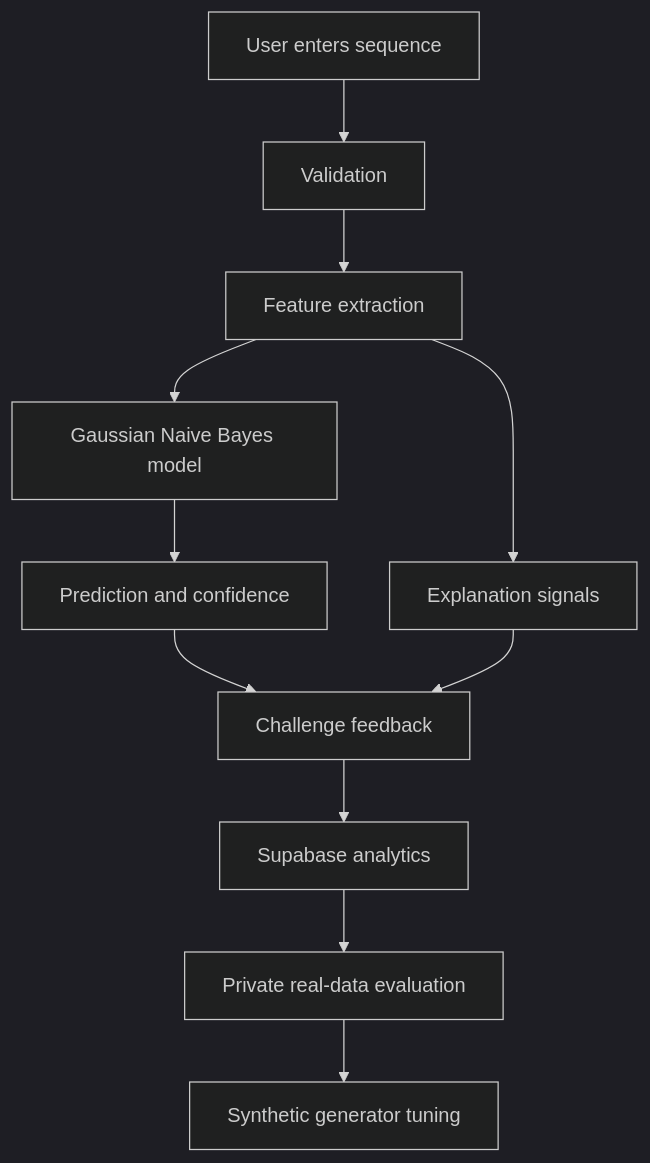
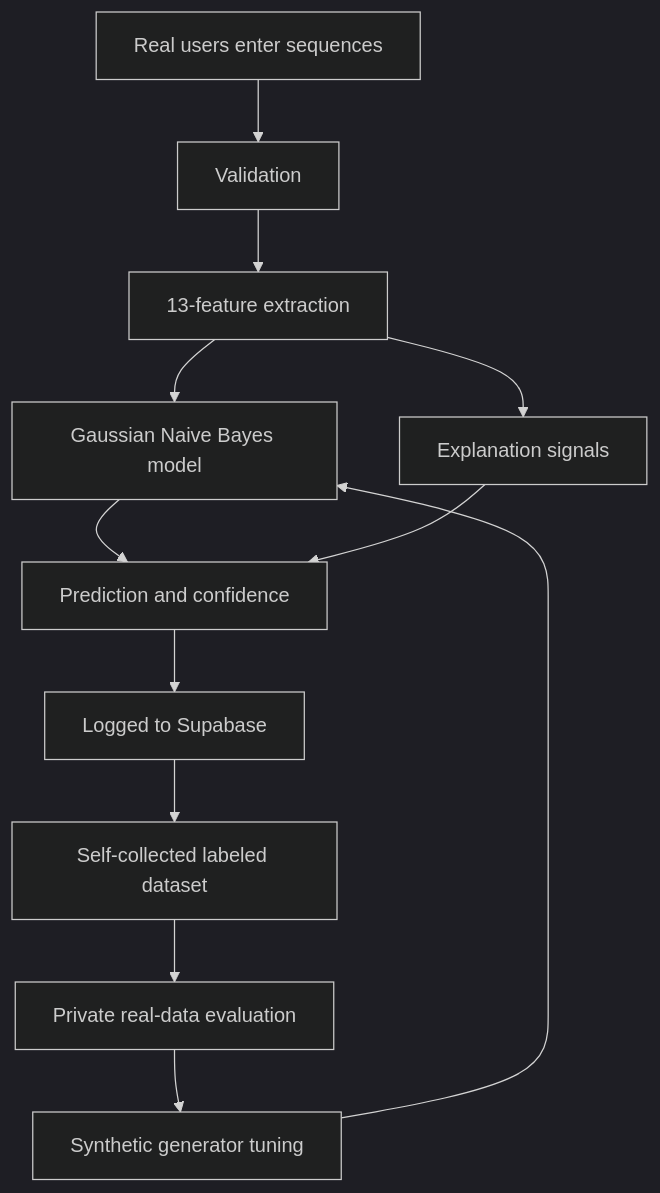
Before and after one commit to jarems421/human-random-detector: the second of 4 diagrams in README.md, drawn with Mermaid (dark theme). The commit also changed other lines of this file and 2 other files, not shown here.

Commit message:
Emphasize self-collected real data loop

````diff
--- a/README.md
+++ b/README.md
@@ -45,13 +46,14 @@
 ```mermaid
 flowchart TD
-    U[User enters sequence] --> V[Validation]
-    V --> F[Feature extraction]
+    U[Real users enter sequences] --> V[Validation]
+    V --> F[13-feature extraction]
     F --> M[Gaussian Naive Bayes model]
     F --> X[Explanation signals]
     M --> P[Prediction and confidence]
-    P --> A[Challenge feedback]
-    X --> A
-    A --> S[Supabase analytics]
-    S --> R[Private real-data evaluation]
+    X --> P
+    P --> S[Logged to Supabase]
+    S --> D[Self-collected labeled dataset]
+    D --> R[Private real-data evaluation]
     R --> G[Synthetic generator tuning]
+    G --> M
 ```
````
